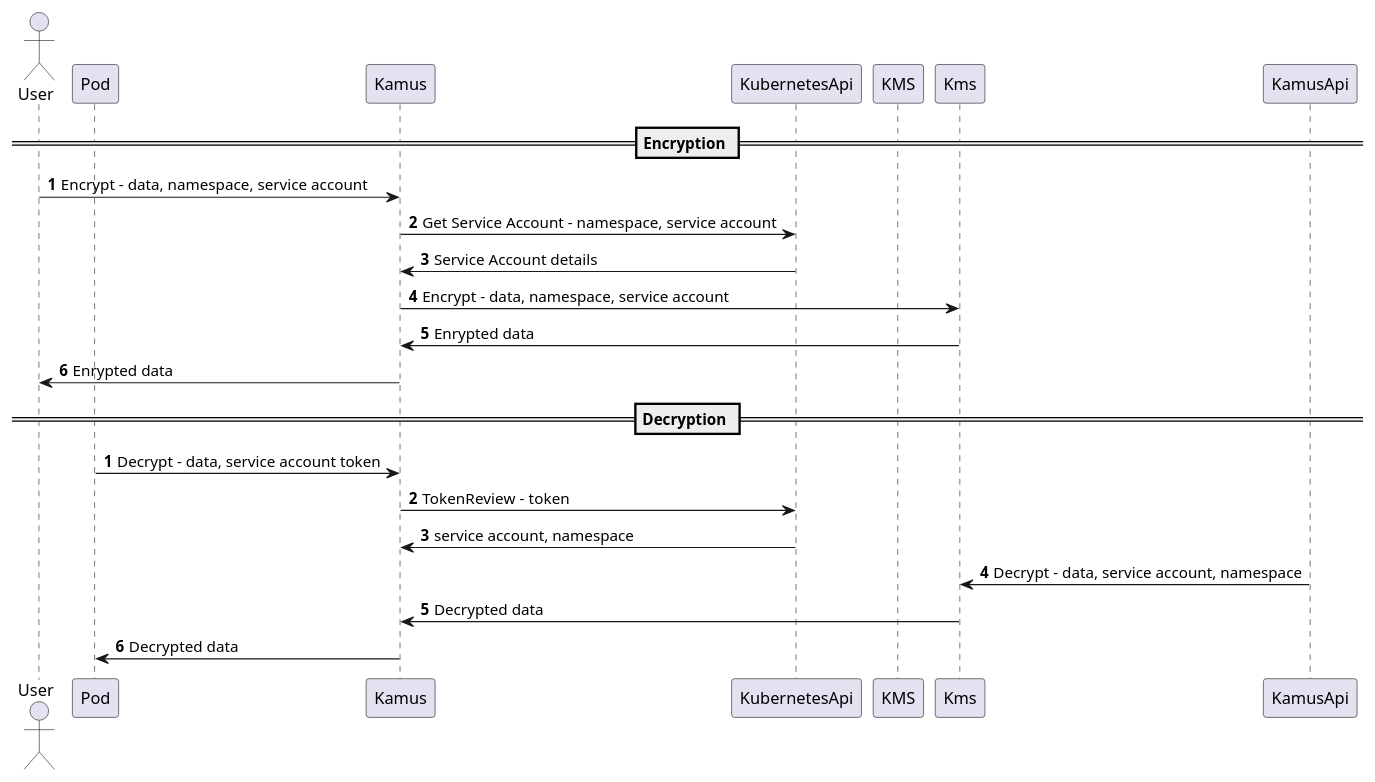
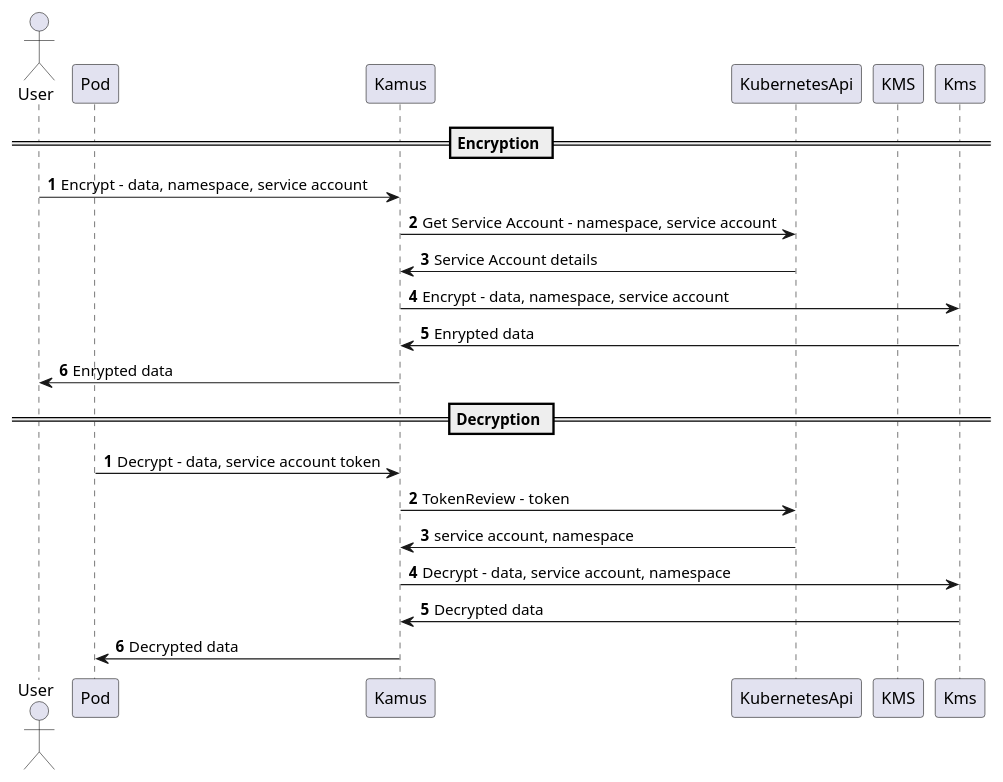
The diagram in docs/diagram.pu (Soluto/kamus), drawn with PlantUML before and after one commit. The commit also changed 1 other file, not shown here.

```diff
--- a/docs/diagram.pu
+++ b/docs/diagram.pu
@@ -1,28 +1,28 @@
 @startuml
 
 actor User 
 participant Pod
 participant Kamus
 participant KubernetesApi
 participant KMS
 
 == Encryption ==
 
 autonumber
 User -> Kamus: Encrypt - data, namespace, service account
 Kamus -> KubernetesApi: Get Service Account - namespace, service account
 KubernetesApi -> Kamus: Service Account details
 Kamus -> Kms: Encrypt - data, namespace, service account
 Kms -> Kamus: Enrypted data
 Kamus -> User: Enrypted data
 
 == Decryption ==
 autonumber 1
 Pod -> Kamus: Decrypt - data, service account token
 Kamus -> KubernetesApi: TokenReview - token
 KubernetesApi -> Kamus: service account, namespace
-KamusApi -> Kms: Decrypt - data, service account, namespace
+Kamus -> Kms: Decrypt - data, service account, namespace
 Kms -> Kamus: Decrypted data
 Kamus -> Pod: Decrypted data
 
 @enduml
```
